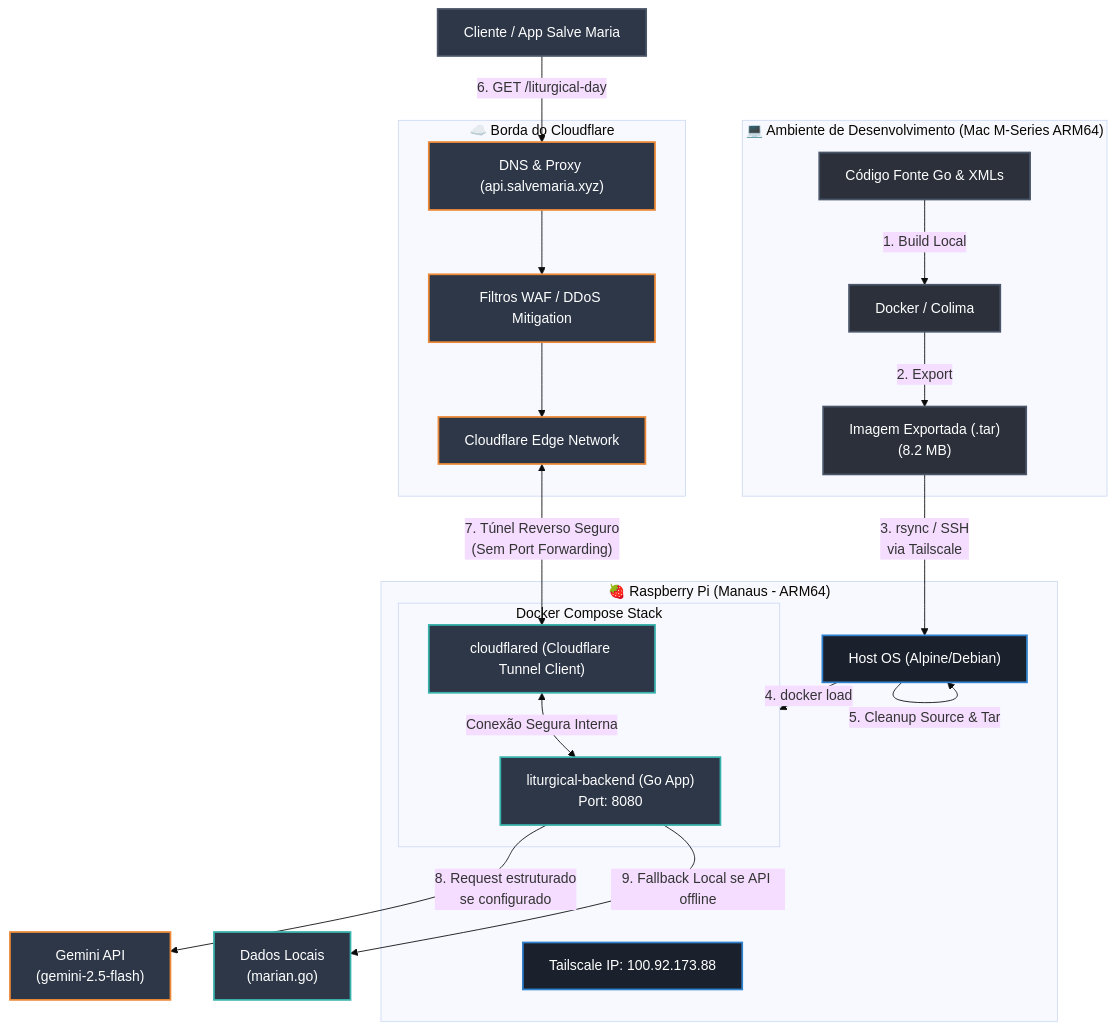
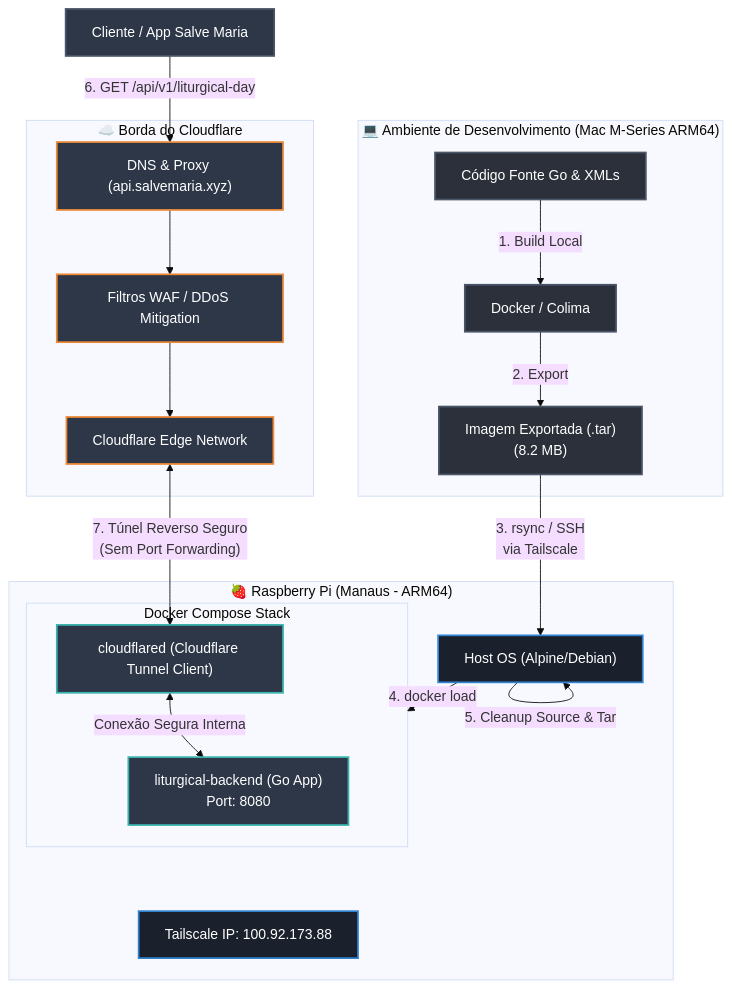
Before and after one commit to cm-manaus/liturgical-calendar-engine: the diagram in README.md, drawn with Mermaid (base theme). The commit also changed other lines of this file and 30 other files, not shown here.

Commit message:
feat: add 1954 pre-55 liturgical calendar support and remove gemini ai

````diff
--- a/README.md
+++ b/README.md
@@ -11,52 +11,48 @@
 ```mermaid
 graph TD
     %% Estilo dos Nós
     classDef dev fill:#2b303a,stroke:#4a5568,stroke-width:2px,color:#fff;
     classDef server fill:#1a202c,stroke:#3182ce,stroke-width:2px,color:#fff;
     classDef container fill:#2d3748,stroke:#38b2ac,stroke-width:2px,color:#fff;
     classDef cloud fill:#2d3748,stroke:#ed8936,stroke-width:2px,color:#fff;
     classDef client fill:#2d3748,stroke:#4a5568,stroke-width:2px,color:#fff;
 
     subgraph local_dev ["💻 Ambiente de Desenvolvimento (Mac M-Series ARM64)"]
         A["Código Fonte Go & XMLs"]:::dev
         B["Docker / Colima"]:::dev
         C["Imagem Exportada (.tar) <br> (8.2 MB)"]:::dev
         
         A -->|1. Build Local| B
         B -->|2. Export| C
     end
 
     subgraph cloudflare_edge ["☁️ Borda do Cloudflare"]
         I["DNS & Proxy (api.salvemaria.xyz)"]:::cloud
         J["Filtros WAF / DDoS Mitigation"]:::cloud
         K["Cloudflare Edge Network"]:::cloud
         
         I --> J
         J --> K
     end
 
     subgraph home_server ["🍓 Raspberry Pi (Manaus - ARM64)"]
         subgraph docker_compose ["Docker Compose Stack"]
             F["liturgical-backend (Go App) <br> Port: 8080"]:::container
             G["cloudflared (Cloudflare Tunnel Client)"]:::container
             
             G <-->|Conexão Segura Interna| F
         end
         
         D["Tailscale IP: 100.92.173.88"]:::server
         E["Host OS (Alpine/Debian)"]:::server
     end
 
     %% Deploy Flow
     C -->|"3. rsync / SSH <br> via Tailscale"| E
     E -->|4. docker load| docker_compose
     E -->|5. Cleanup Source & Tar| E
 
     %% Client Request Flow
-    L["Cliente / App Salve Maria"]:::client -->|6. GET /liturgical-day| I
+    L["Cliente / App Salve Maria"]:::client -->|6. GET /api/v1/liturgical-day| I
     K <-->|"7. Túnel Reverso Seguro <br> (Sem Port Forwarding)"| G
-
-    %% AI Integration
-    F -->|"8. Request estruturado <br> se configurado"| M["Gemini API <br> (gemini-2.5-flash)"]:::cloud
-    F -->|9. Fallback Local se API offline| N["Dados Locais <br> (marian.go)"]:::container
 ```
````
